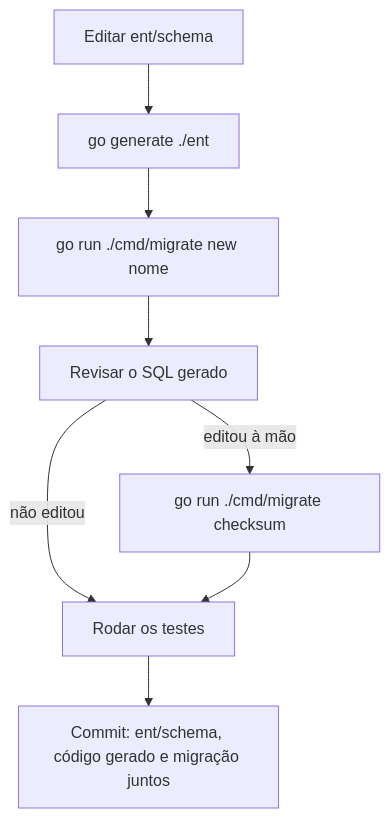
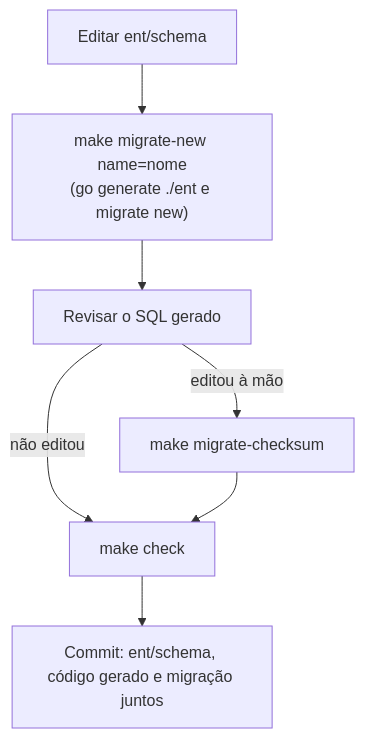
Before and after one commit to itallovidal/working-time-tracker: the diagram in _docs/development/workflow.md, drawn with Mermaid. The commit also changed other lines of this file and 8 other files, not shown here.

Commit message:
docs: commands.md (what to run for each task, what every target runs underneath, make dev, make demo, restoring a backup, adding a target); the README, installation.md, workflow.md, deploy.md, configuration.md, github.md and trello.md show the make commands and keep the raw ones; the sprint 98 notes

````diff
--- a/_docs/development/workflow.md
+++ b/_docs/development/workflow.md
@@ -70,10 +70,9 @@
 ```mermaid
 flowchart TD
-    A["Editar ent/schema"] --> B["go generate ./ent"]
-    B --> C["go run ./cmd/migrate new nome"]
-    C --> D["Revisar o SQL gerado"]
-    D -- "editou à mão" --> E["go run ./cmd/migrate checksum"]
-    D -- "não editou" --> F["Rodar os testes"]
+    A["Editar ent/schema"] --> B["make migrate-new name=nome<br/>(go generate ./ent e migrate new)"]
+    B --> D["Revisar o SQL gerado"]
+    D -- "editou à mão" --> E["make migrate-checksum"]
+    D -- "não editou" --> F["make check"]
     E --> F
     F --> G["Commit: ent/schema, código gerado e migração juntos"]
 ```
````
